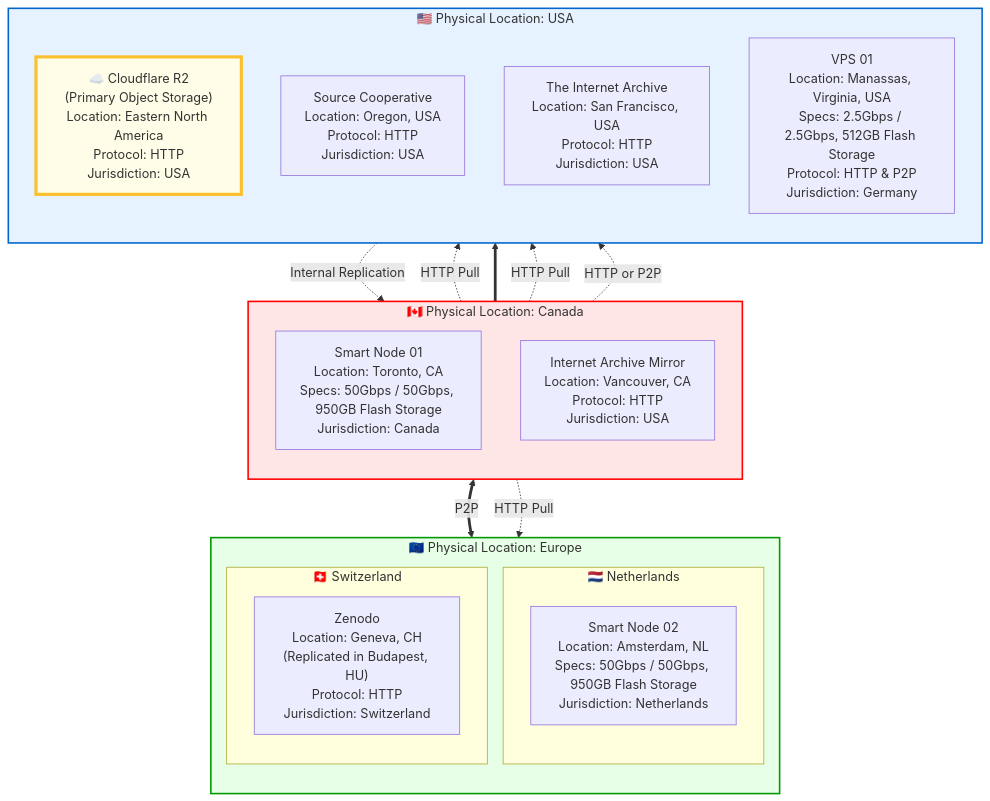
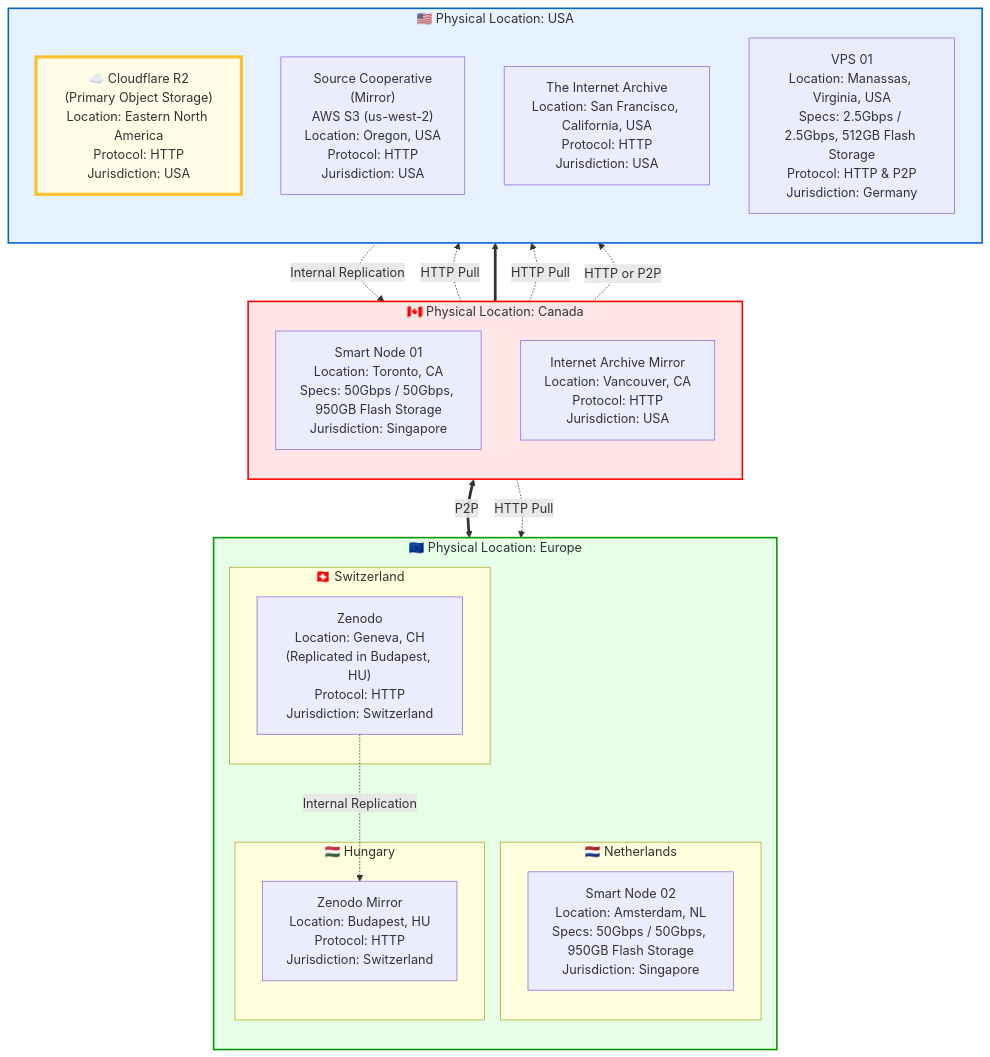
One commit to dataforcanada/www.dataforcanada.org changed the diagram in content/infrastructure/_index.md. Above: the diagram before and after it, drawn with Mermaid.

Commit message:
Update infrastructure diagram

```diff
--- a/content/infrastructure/_index.md
+++ b/content/infrastructure/_index.md
@@ -26,7 +26,7 @@
         NodeTO["Smart Node 01
 Location: Toronto, CA
 Specs: 50Gbps / 50Gbps, 950GB Flash Storage
-Jurisdiction: Canada"]
+Jurisdiction: Singapore"]
         
         IA_Van["Internet Archive Mirror
 Location: Vancouver, CA
@@ -40,6 +40,8 @@
     subgraph USA_Region ["🇺🇸 Physical Location: USA"]
         direction TB
         SourceCoop["Source Cooperative
+(Mirror)
+AWS S3 (us-west-2)
 Location: Oregon, USA
 Protocol: HTTP
 Jurisdiction: USA"]
@@ -51,7 +53,7 @@
 Jurisdiction: USA"]
         
         IA_SF["The Internet Archive
-Location: San Francisco, USA
+Location: San Francisco, California, USA
 Protocol: HTTP
 Jurisdiction: USA"]
         
@@ -71,13 +73,19 @@
             NodeAMS["Smart Node 02
 Location: Amsterdam, NL
 Specs: 50Gbps / 50Gbps, 950GB Flash Storage
-Jurisdiction: Netherlands"]
+Jurisdiction: Singapore"]
         end
         
         subgraph Switzerland ["🇨🇭 Switzerland"]
             Zenodo["Zenodo
 Location: Geneva, CH
 (Replicated in Budapest, HU)
+Protocol: HTTP
+Jurisdiction: Switzerland"]
+        end
+        subgraph  Hungary["🇭🇺 Hungary"]
+            ZenodoMirror["Zenodo Mirror
+Location: Budapest, HU
 Protocol: HTTP
 Jurisdiction: Switzerland"]
         end
@@ -89,6 +97,7 @@
     
     NodeTO <==>|P2P| NodeAMS
     IA_SF -.->|Internal Replication| IA_Van
+    Zenodo -.->|Internal Replication| ZenodoMirror
     
     NodeTO -.->|HTTP Pull| SourceCoop
     NodeTO ==> R2
```
